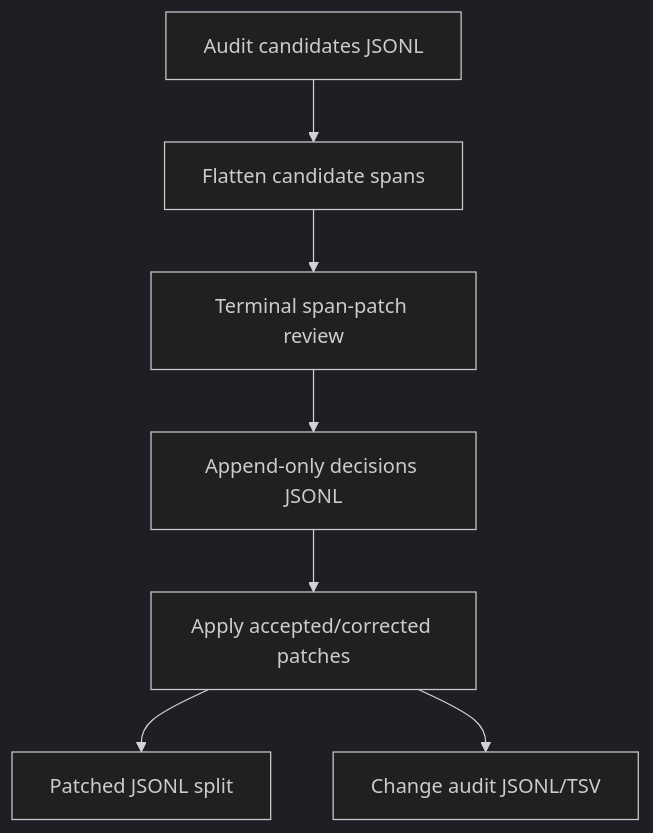
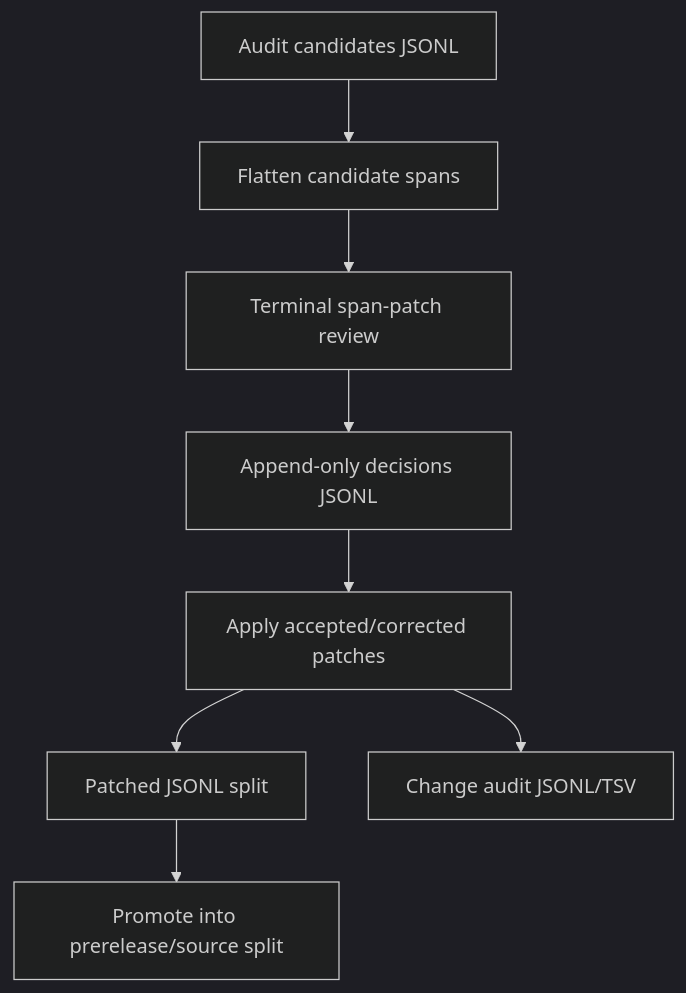
One commit to impresso/impresso-mediasources-ner-workbench changed the sixth of 10 diagrams in docs/workflows.md. Above: the diagram before and after it, drawn with Mermaid (dark theme). The commit also changed other lines of this file and 15 other files, not shown here.

````diff
--- a/docs/workflows.md
+++ b/docs/workflows.md
@@ -105,9 +106,10 @@
 ```mermaid
 flowchart TD
   A[Audit candidates JSONL] --> B[Flatten candidate spans]
   B --> C[Terminal span-patch review]
   C --> D[Append-only decisions JSONL]
   D --> E[Apply accepted/corrected patches]
   E --> F[Patched JSONL split]
   E --> G[Change audit JSONL/TSV]
+  F --> H[Promote into prerelease/source split]
 ```
````
